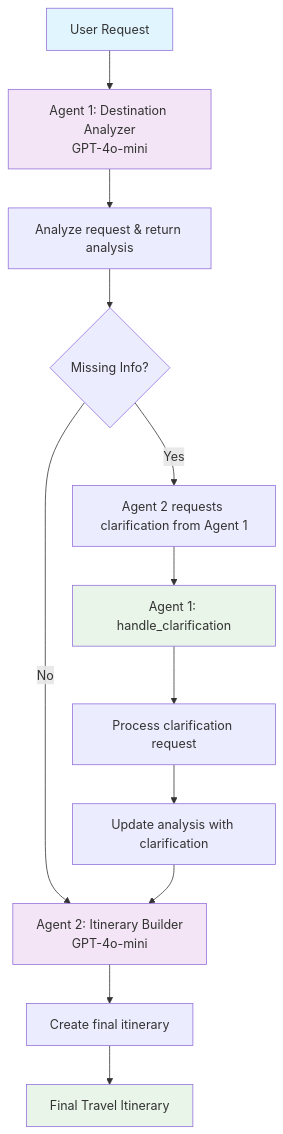
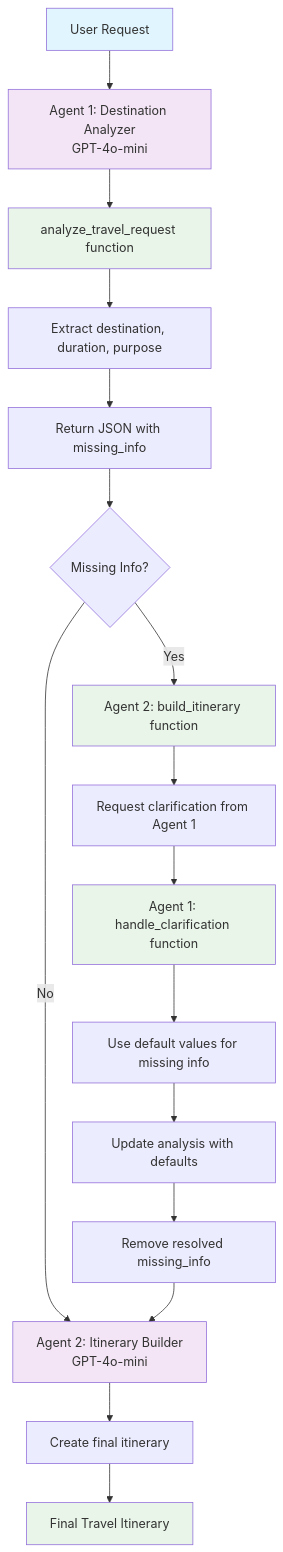
One commit to iamask/multi-agent-travel-planner changed the second of 2 diagrams in README.md. Above: the diagram before and after it, drawn with Mermaid. The commit also changed other lines of this file, not shown here.

Commit message:
new user flow diagram

````diff
--- a/README.md
+++ b/README.md
@@ -99,20 +99,26 @@
 ```mermaid
 flowchart TD
     A[User Request] --> B[Agent 1: Destination Analyzer<br/>GPT-4o-mini]
-    B --> C[Analyze request & return analysis]
-    C --> D{Missing Info?}
-    D -->|No| E[Agent 2: Itinerary Builder<br/>GPT-4o-mini]
-    D -->|Yes| F[Agent 2 requests clarification from Agent 1]
-    F --> G[Agent 1: handle_clarification]
-    G --> H[Process clarification request]
-    H --> I[Update analysis with clarification]
-    I --> E
-    E --> J[Create final itinerary]
-    J --> K[Final Travel Itinerary]
+    B --> C[analyze_travel_request function]
+    C --> D[Extract destination, duration, purpose]
+    D --> E[Return JSON with missing_info]
+    E --> F{Missing Info?}
+    F -->|No| G[Agent 2: Itinerary Builder<br/>GPT-4o-mini]
+    F -->|Yes| H[Agent 2: build_itinerary function]
+    H --> I[Request clarification from Agent 1]
+    I --> J[Agent 1: handle_clarification function]
+    J --> K[Use default values for missing info]
+    K --> L[Update analysis with defaults]
+    L --> M[Remove resolved missing_info]
+    M --> G
+    G --> N[Create final itinerary]
+    N --> O[Final Travel Itinerary]
 
     style A fill:#e1f5fe
     style B fill:#f3e5f5
-    style E fill:#f3e5f5
-    style G fill:#e8f5e8
-    style K fill:#e8f5e8
+    style G fill:#f3e5f5
+    style C fill:#e8f5e8
+    style H fill:#e8f5e8
+    style J fill:#e8f5e8
+    style O fill:#e8f5e8
 ```
````
